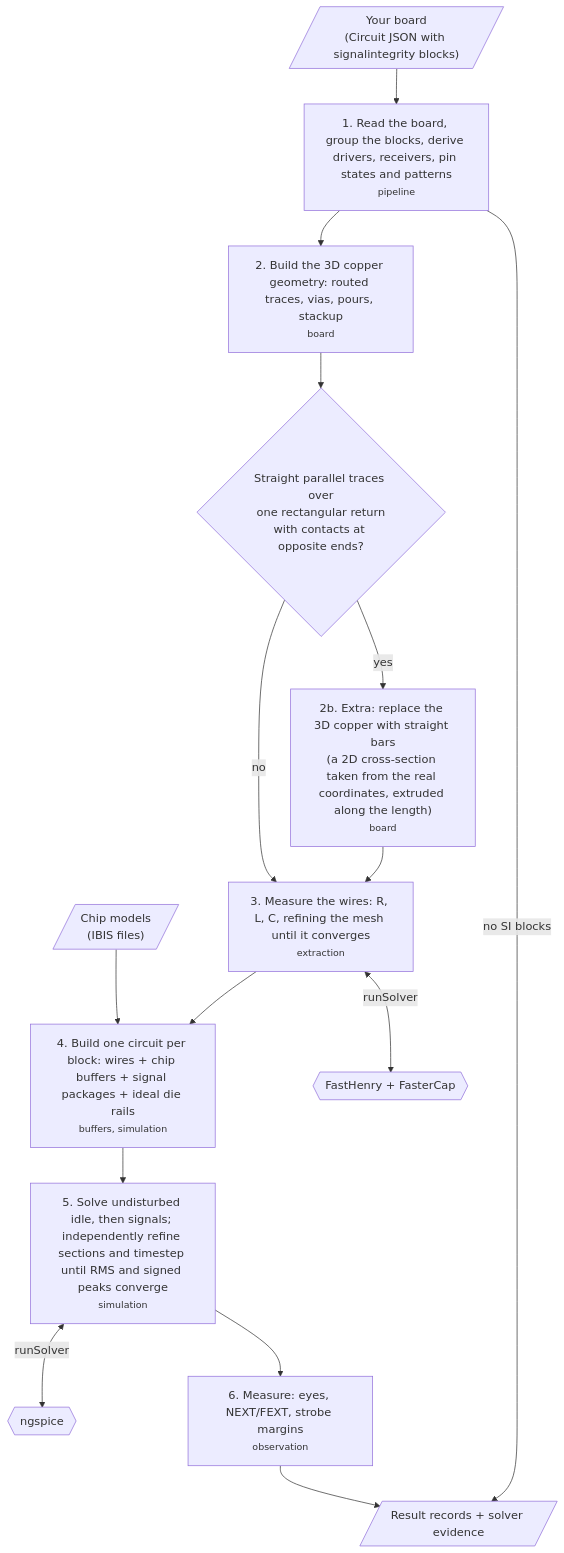
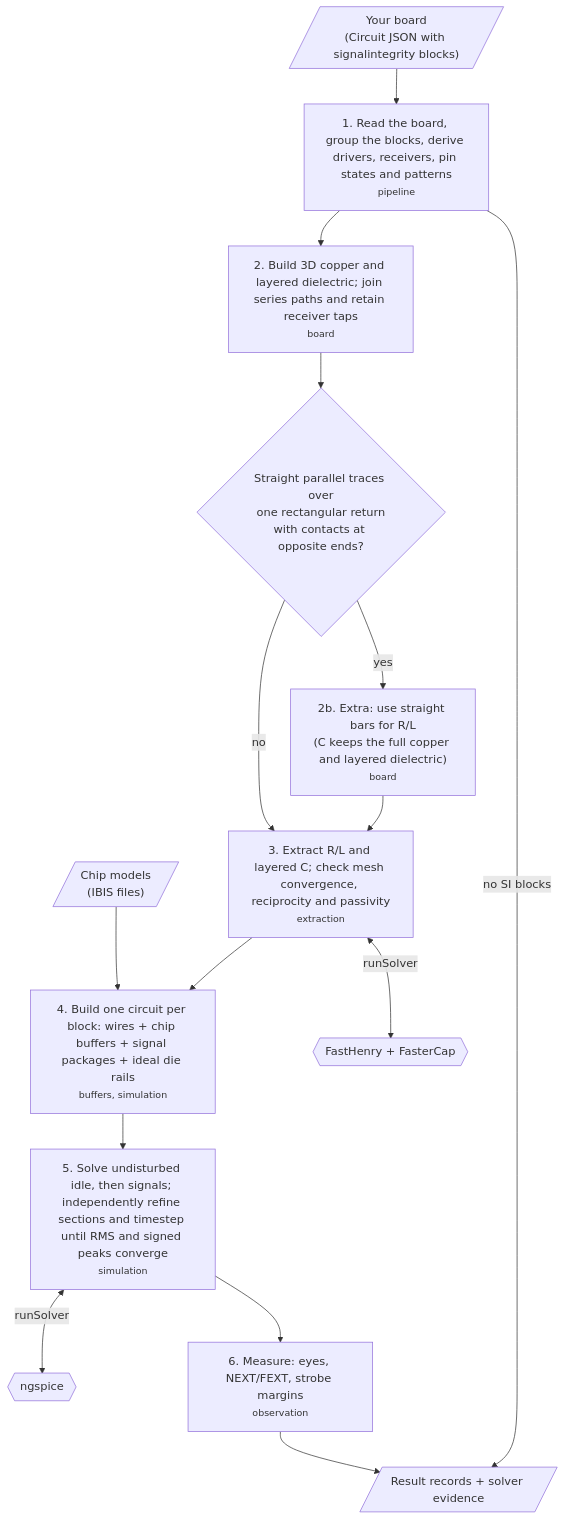
Before and after one commit to tscircuit/pcb-spice-pipeline: the first of 2 diagrams in README.md, drawn with Mermaid. The commit also changed other lines of this file and 11 other files, not shown here.

First line of the commit message:
fix: model finite stackup dielectric interfaces and air in native capacitance decks

````diff
--- a/README.md
+++ b/README.md
@@ -55,17 +55,17 @@
 ```mermaid
 flowchart TD
   board[/"Your board<br/>(Circuit JSON with signalintegrity blocks)"/] --> s1["1. Read the board, group the blocks, derive drivers, receivers, pin states and patterns<br/><small>pipeline</small>"]
   chips[/"Chip models<br/>(IBIS files)"/] --> s4
-  s1 --> s2["2. Build the 3D copper geometry: routed traces, vias, pours, stackup<br/><small>board</small>"]
+  s1 --> s2["2. Build 3D copper and layered dielectric; join series paths and retain receiver taps<br/><small>board</small>"]
   s2 --> q{"Straight parallel traces over<br/>one rectangular return<br/>with contacts at opposite ends?"}
-  q -->|"yes"| s2b["2b. Extra: replace the 3D copper with straight bars<br/>(a 2D cross-section taken from the real coordinates, extruded along the length)<br/><small>board</small>"]
+  q -->|"yes"| s2b["2b. Extra: use straight bars for R/L<br/>(C keeps the full copper and layered dielectric)<br/><small>board</small>"]
   q -->|"no"| s3
-  s2b --> s3["3. Measure the wires: R, L, C, refining the mesh until it converges<br/><small>extraction</small>"]
+  s2b --> s3["3. Extract R/L and layered C; check mesh convergence, reciprocity and passivity<br/><small>extraction</small>"]
   s3 <-->|"runSolver"| fs{{"FastHenry + FasterCap"}}
   s3 --> s4["4. Build one circuit per block: wires + chip buffers + signal packages + ideal die rails<br/><small>buffers, simulation</small>"]
   s4 --> s5["5. Solve undisturbed idle, then signals; independently refine sections and timestep until RMS and signed peaks converge<br/><small>simulation</small>"]
   s5 <-->|"runSolver"| ng{{"ngspice"}}
   s5 --> s6["6. Measure: eyes, NEXT/FEXT, strobe margins<br/><small>observation</small>"]
   s6 --> out[/"Result records + solver evidence"/]
   s1 -->|"no SI blocks"| out
 ```
````
